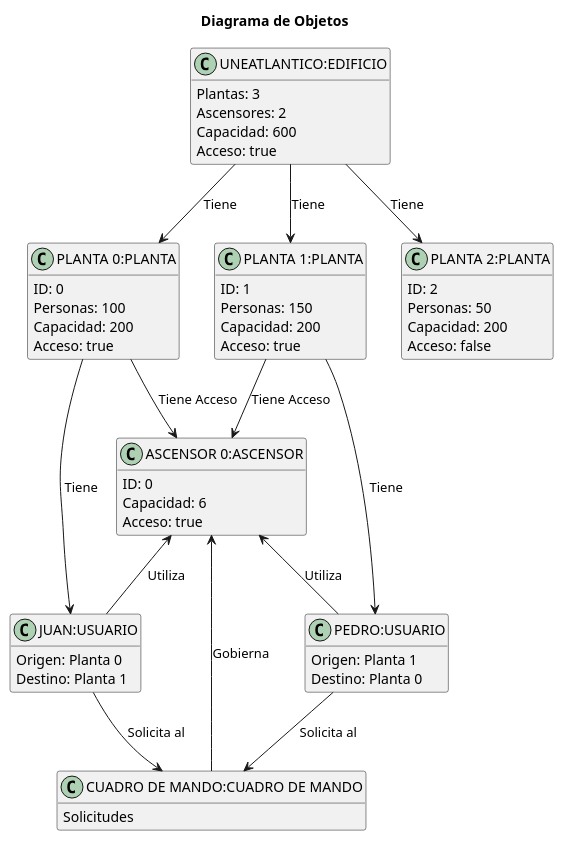
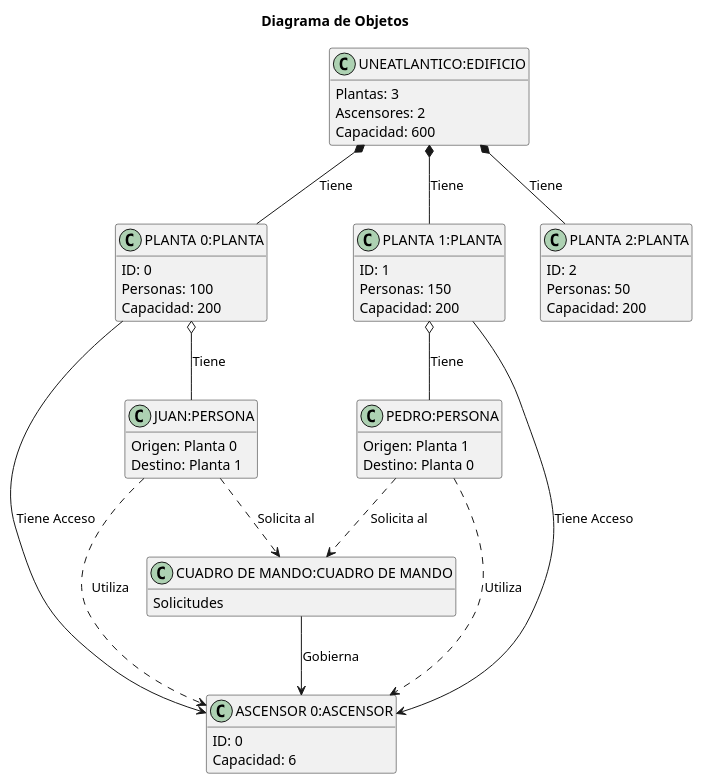
The diagram in docs/Modelo_de_Dominio/Diagramas_de_Objetos/Diagrama_de_Objetos.puml (mmasias/23-24-IdSw2-SDD), drawn with PlantUML before and after one commit.

Commit message:
Refactor and simplify elevator state diagrams

```diff
--- a/docs/Modelo_de_Dominio/Diagramas_de_Objetos/Diagrama_de_Objetos.puml
+++ b/docs/Modelo_de_Dominio/Diagramas_de_Objetos/Diagrama_de_Objetos.puml
@@ -1,86 +1,79 @@
 @startuml Diagrama_de_Objetos
 
 title Diagrama de Objetos
 
 skinparam {
     NoteBackgroundColor #whiteSmoke
 }
 
 hide empty members
 
 class "ASCENSOR 0:ASCENSOR"
 {
     ID: 0
     Capacidad: 6
-    Acceso: true
 }
 
-class "JUAN:USUARIO"
+class "JUAN:PERSONA"
 {
     Origen: Planta 0
     Destino: Planta 1
 }
 
-class "PEDRO:USUARIO"
+class "PEDRO:PERSONA"
 {
     Origen: Planta 1
     Destino: Planta 0
 }
 
 class "CUADRO DE MANDO:CUADRO DE MANDO"
 {
     Solicitudes
 }
 
 class "PLANTA 0:PLANTA"
 {
     ID: 0
     Personas: 100
     Capacidad: 200
-    Acceso: true
 }
 
 class "PLANTA 1:PLANTA"
 {
     ID: 1
     Personas: 150
     Capacidad: 200
-    Acceso: true
 }
 
 class "PLANTA 2:PLANTA"
 {
     ID: 2
     Personas: 50
     Capacidad: 200
-    Acceso: false
 }
 
 class "UNEATLANTICO:EDIFICIO"
 {
     Plantas: 3
     Ascensores: 2
     Capacidad: 600
-    Acceso: true
 }
 
-"UNEATLANTICO:EDIFICIO" --> "PLANTA 0:PLANTA" : Tiene
-"UNEATLANTICO:EDIFICIO" --> "PLANTA 1:PLANTA" : Tiene
-"UNEATLANTICO:EDIFICIO" --> "PLANTA 2:PLANTA" : Tiene
+"UNEATLANTICO:EDIFICIO" *-- "PLANTA 0:PLANTA" : Tiene
+"UNEATLANTICO:EDIFICIO" *-- "PLANTA 1:PLANTA" : Tiene
+"UNEATLANTICO:EDIFICIO" *-- "PLANTA 2:PLANTA" : Tiene
 
-"PLANTA 0:PLANTA" --> "JUAN:USUARIO" : Tiene
-"PLANTA 1:PLANTA" --> "PEDRO:USUARIO" : Tiene
+"PLANTA 0:PLANTA" o-- "JUAN:PERSONA" : Tiene
+"PLANTA 1:PLANTA" o-- "PEDRO:PERSONA" : Tiene
 
 "PLANTA 0:PLANTA" --> "ASCENSOR 0:ASCENSOR" : Tiene Acceso
 "PLANTA 1:PLANTA" --> "ASCENSOR 0:ASCENSOR" : Tiene Acceso
 
-"JUAN:USUARIO" -up-> "ASCENSOR 0:ASCENSOR" : Utiliza
-"PEDRO:USUARIO" -up-> "ASCENSOR 0:ASCENSOR" : Utiliza
+"JUAN:PERSONA" ..> "ASCENSOR 0:ASCENSOR" : Utiliza
+"PEDRO:PERSONA" ..> "ASCENSOR 0:ASCENSOR" : Utiliza
 
-"JUAN:USUARIO" --> "CUADRO DE MANDO:CUADRO DE MANDO" : Solicita al
-"PEDRO:USUARIO" --> "CUADRO DE MANDO:CUADRO DE MANDO" : Solicita al
+"JUAN:PERSONA" ..> "CUADRO DE MANDO:CUADRO DE MANDO" : Solicita al
+"PEDRO:PERSONA" ..> "CUADRO DE MANDO:CUADRO DE MANDO" : Solicita al
 
 "CUADRO DE MANDO:CUADRO DE MANDO" --> "ASCENSOR 0:ASCENSOR" : Gobierna
-
-
 @enduml
```
